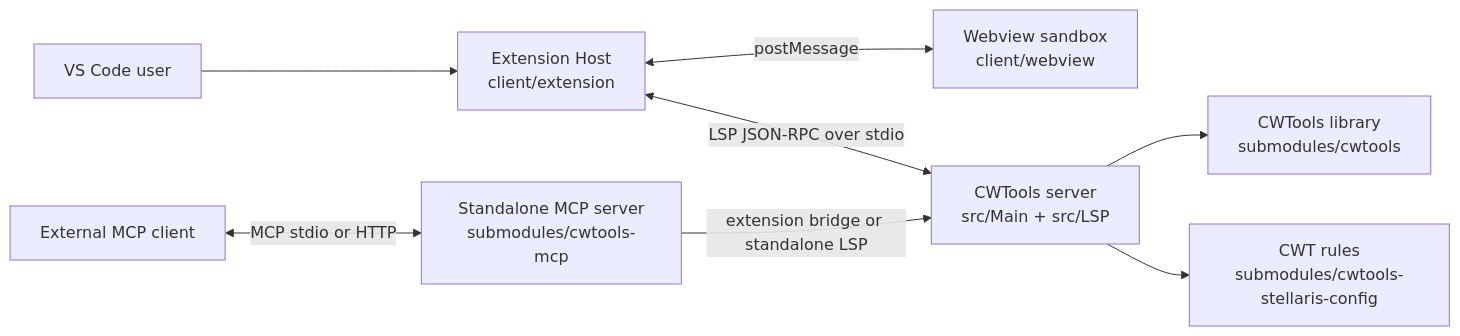
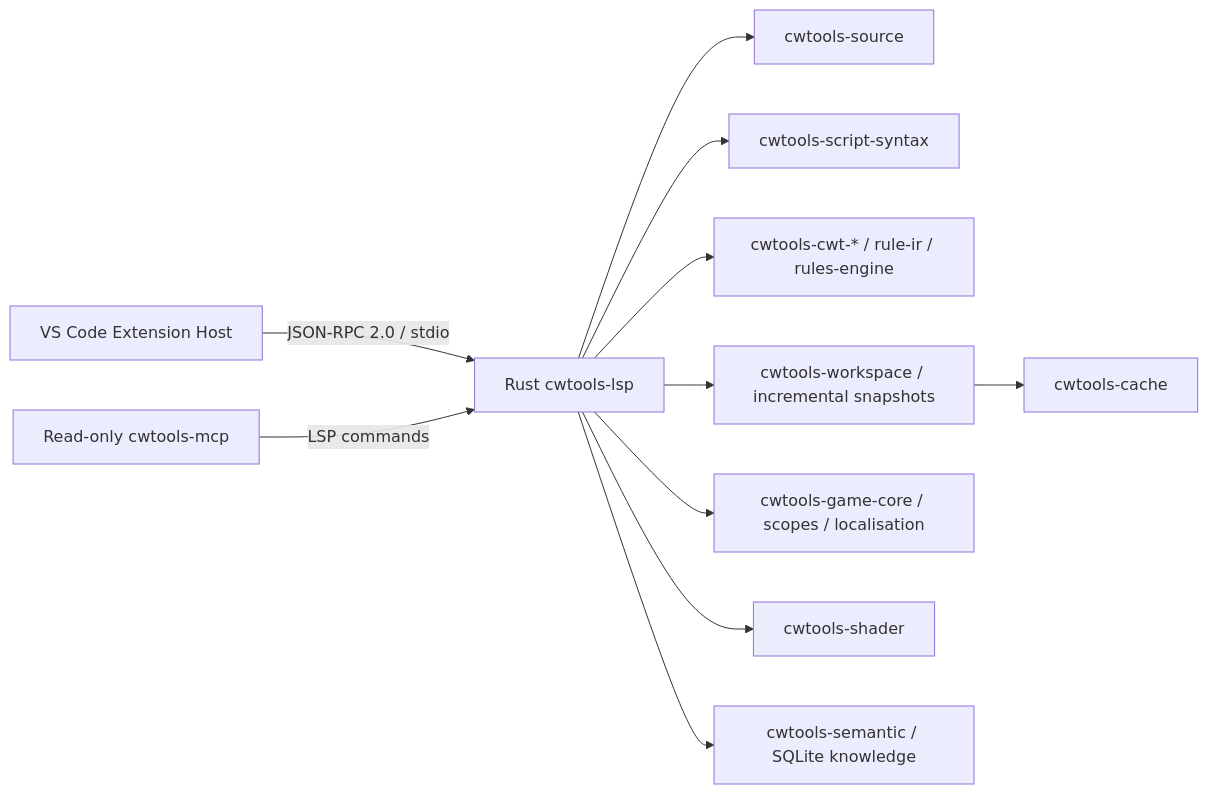
The diagram in ARCHITECTURE.md (Aa728848/cwtools-vscode), drawn with Mermaid before and after one commit. The commit also changed other lines of this file and 112 other files, not shown here.

Commit message:
Complete Rust-only backend migration

````diff
--- a/ARCHITECTURE.md
+++ b/ARCHITECTURE.md
@@ -17,19 +8,13 @@
 ```mermaid
 flowchart LR
-    USER["VS Code user"]
-    HOST["Extension Host\nclient/extension"]
-    WEB["Webview sandbox\nclient/webview"]
-    LSP["CWTools server\nsrc/Main + src/LSP"]
-    CW["CWTools library\nsubmodules/cwtools"]
-    RULES["CWT rules\nsubmodules/cwtools-stellaris-config"]
-    MCP["Standalone MCP server\nsubmodules/cwtools-mcp"]
-    EXT["External MCP client"]
-
-    USER --> HOST
-    HOST <-->|"postMessage"| WEB
-    HOST <-->|"LSP JSON-RPC over stdio"| LSP
-    LSP --> CW
-    LSP --> RULES
-    EXT <-->|"MCP stdio or HTTP"| MCP
-    MCP -->|"extension bridge or standalone LSP"| LSP
+  VS[VS Code Extension Host] -->|JSON-RPC 2.0 / stdio| LSP[Rust cwtools-lsp]
+  LSP --> SRC[cwtools-source]
+  LSP --> SYN[cwtools-script-syntax]
+  LSP --> RULES[cwtools-cwt-* / rule-ir / rules-engine]
+  LSP --> WS[cwtools-workspace / incremental snapshots]
+  LSP --> GAME[cwtools-game-core / scopes / localisation]
+  LSP --> SHADER[cwtools-shader]
+  LSP --> SEM[cwtools-semantic / SQLite knowledge]
+  WS --> CACHE[cwtools-cache]
+  MCP[Read-only cwtools-mcp] -->|LSP commands| LSP
 ```
````
